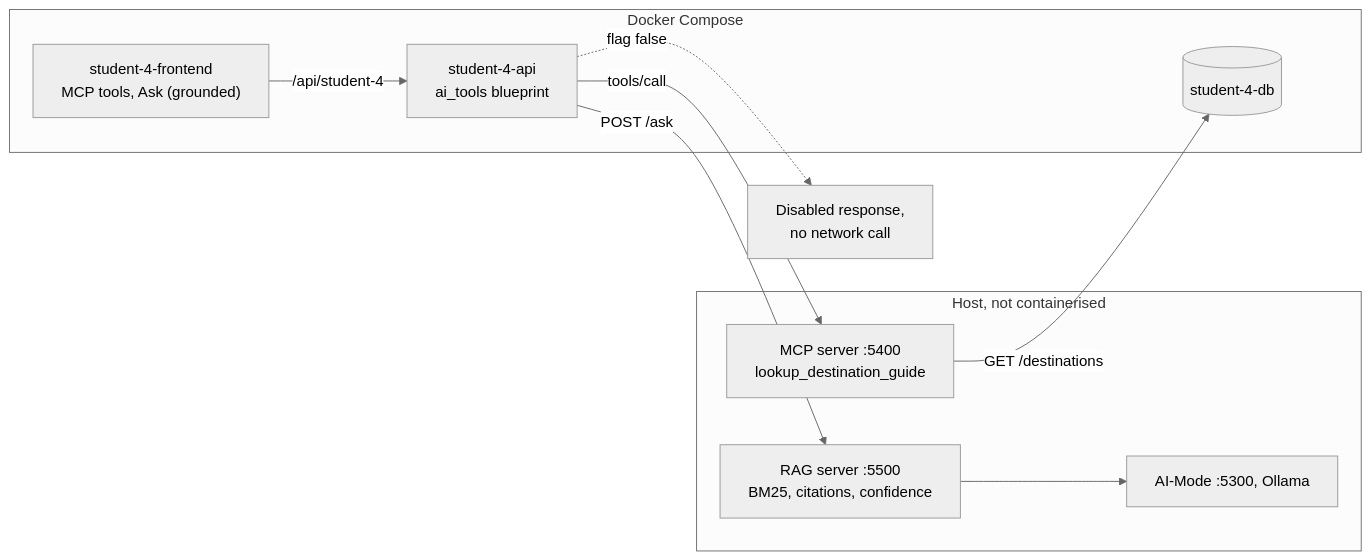
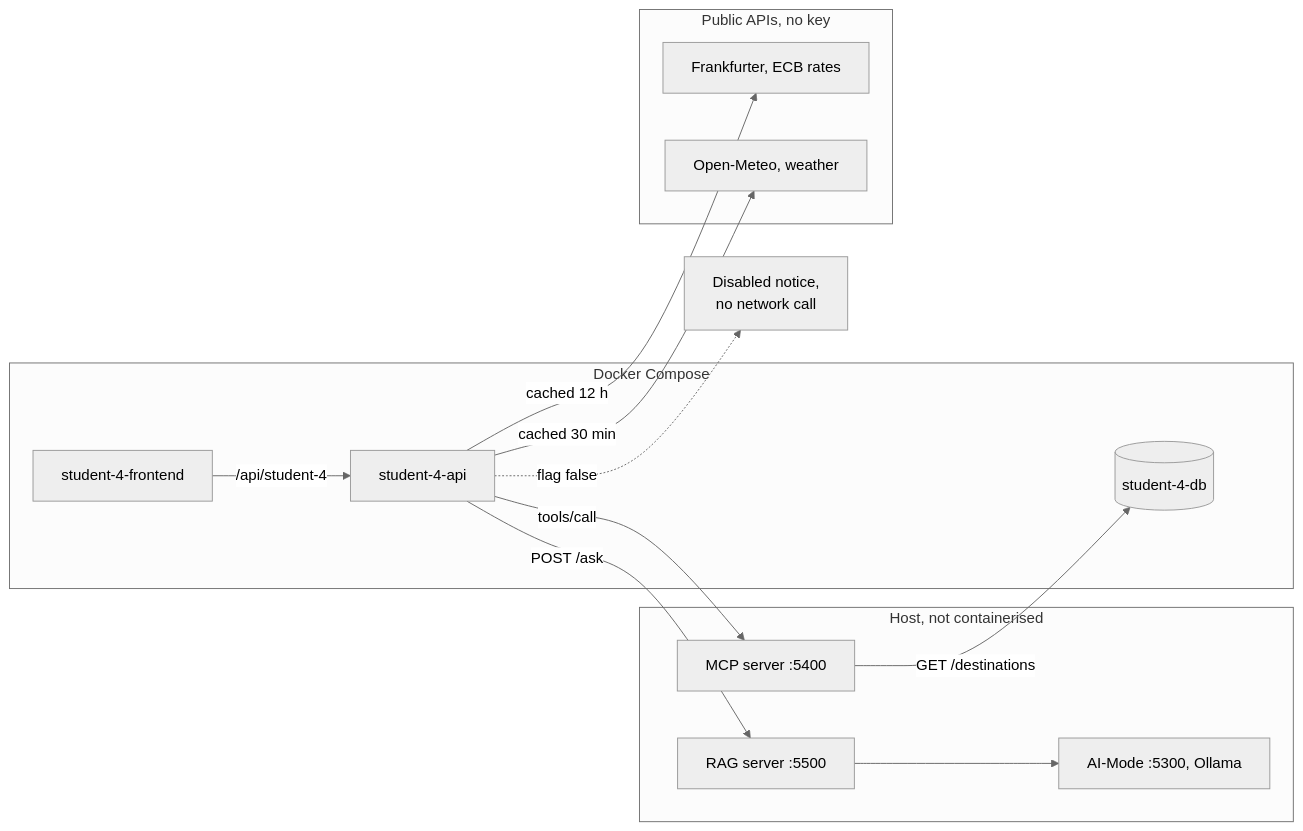
One commit to aurelia-sari/ads-assignment changed the diagram in docs/technical-report-release-1.md. Above: the diagram before and after it, drawn with Mermaid (neutral theme). The commit also changed other lines of this file and 1 other file, not shown here.

First line of the commit message:
Update travel guide RAG knowledge and report for live data

````diff
--- a/docs/technical-report-release-1.md
+++ b/docs/technical-report-release-1.md
@@ -189,15 +190,21 @@
 ```mermaid
 flowchart LR
     subgraph Docker["Docker Compose"]
-        UI["student-4-frontend<br/>MCP tools, Ask (grounded)"] -->|"/api/student-4"| API["student-4-api<br/>ai_tools blueprint"]
+        UI["student-4-frontend"] -->|"/api/student-4"| API["student-4-api"]
         DB[("student-4-db")]
     end
     subgraph Host["Host, not containerised"]
-        MCP["MCP server :5400<br/>lookup_destination_guide"]
-        RAG["RAG server :5500<br/>BM25, citations, confidence"]
+        MCP["MCP server :5400"]
+        RAG["RAG server :5500"]
         AI["AI-Mode :5300, Ollama"]
+    end
+    subgraph Web["Public APIs, no key"]
+        FX["Frankfurter, ECB rates"]
+        WX["Open-Meteo, weather"]
     end
     API -->|"tools/call"| MCP -->|"GET /destinations"| DB
     API -->|"POST /ask"| RAG --> AI
-    API -.->|"flag false"| OFF["Disabled response,<br/>no network call"]
+    API -->|"cached 12 h"| FX
+    API -->|"cached 30 min"| WX
+    API -.->|"flag false"| OFF["Disabled notice,<br/>no network call"]
 ```
````
